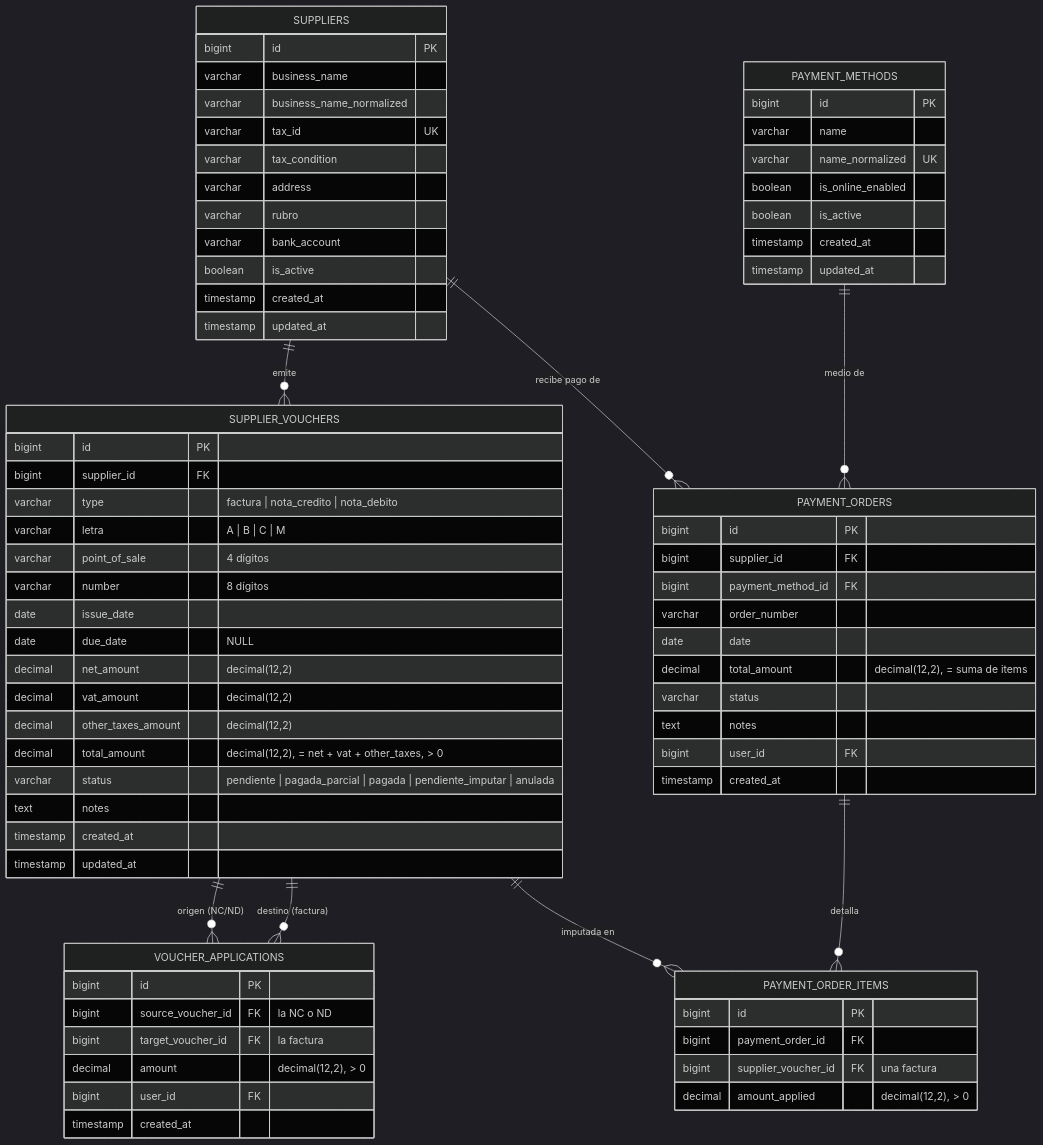
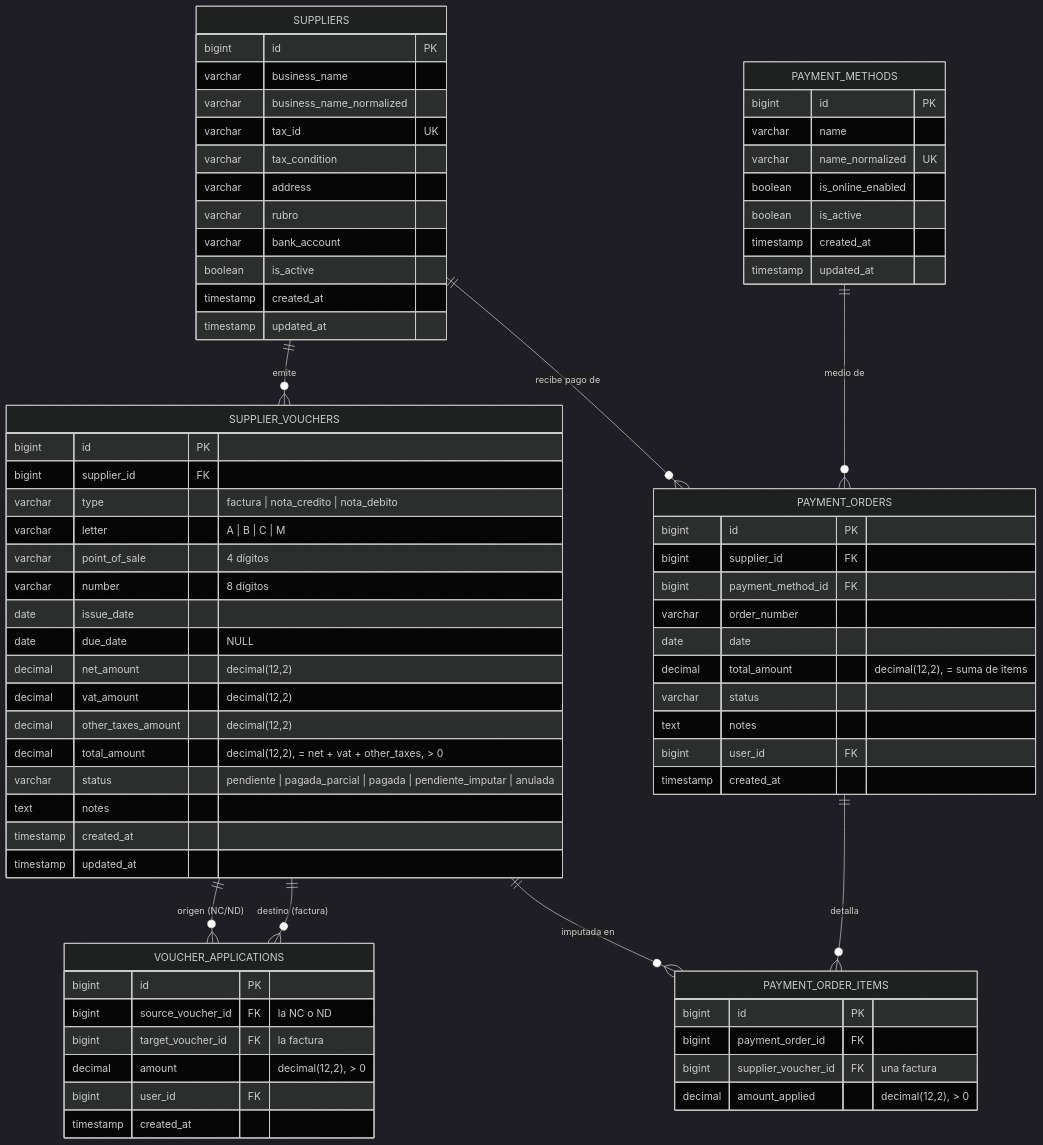
The diagram in docs/backlog/sprint-backlog-2.md (MauricioLopezC/la-linda-app), drawn with Mermaid (dark theme) before and after one commit. The commit also changed other lines of this file and 30 other files, not shown here.

````diff
--- a/docs/backlog/sprint-backlog-2.md
+++ b/docs/backlog/sprint-backlog-2.md
@@ -225,77 +225,77 @@
 ```mermaid
 erDiagram
     SUPPLIERS {
         bigint id PK
         varchar business_name
         varchar business_name_normalized
         varchar tax_id UK
         varchar tax_condition
         varchar address
         varchar rubro
         varchar bank_account
         boolean is_active
         timestamp created_at
         timestamp updated_at
     }
     PAYMENT_METHODS {
         bigint id PK
         varchar name
         varchar name_normalized UK
         boolean is_online_enabled
         boolean is_active
         timestamp created_at
         timestamp updated_at
     }
     SUPPLIER_VOUCHERS {
         bigint id PK
         bigint supplier_id FK
         varchar type "factura | nota_credito | nota_debito"
-        varchar letra "A | B | C | M"
+        varchar letter "A | B | C | M"
         varchar point_of_sale "4 dígitos"
         varchar number "8 dígitos"
         date issue_date
         date due_date "NULL"
         decimal net_amount "decimal(12,2)"
         decimal vat_amount "decimal(12,2)"
         decimal other_taxes_amount "decimal(12,2)"
         decimal total_amount "decimal(12,2), = net + vat + other_taxes, > 0"
         varchar status "pendiente | pagada_parcial | pagada | pendiente_imputar | anulada"
         text notes
         timestamp created_at
         timestamp updated_at
     }
     VOUCHER_APPLICATIONS {
         bigint id PK
         bigint source_voucher_id FK "la NC o ND"
         bigint target_voucher_id FK "la factura"
         decimal amount "decimal(12,2), > 0"
         bigint user_id FK
         timestamp created_at
     }
     PAYMENT_ORDERS {
         bigint id PK
         bigint supplier_id FK
         bigint payment_method_id FK
         varchar order_number
         date date
         decimal total_amount "decimal(12,2), = suma de items"
         varchar status
         text notes
         bigint user_id FK
         timestamp created_at
     }
     PAYMENT_ORDER_ITEMS {
         bigint id PK
         bigint payment_order_id FK
         bigint supplier_voucher_id FK "una factura"
         decimal amount_applied "decimal(12,2), > 0"
     }
 
     SUPPLIERS ||--o{ SUPPLIER_VOUCHERS : emite
     SUPPLIERS ||--o{ PAYMENT_ORDERS : "recibe pago de"
     PAYMENT_METHODS ||--o{ PAYMENT_ORDERS : "medio de"
     SUPPLIER_VOUCHERS ||--o{ VOUCHER_APPLICATIONS : "origen (NC/ND)"
     SUPPLIER_VOUCHERS ||--o{ VOUCHER_APPLICATIONS : "destino (factura)"
     PAYMENT_ORDERS ||--o{ PAYMENT_ORDER_ITEMS : detalla
     SUPPLIER_VOUCHERS ||--o{ PAYMENT_ORDER_ITEMS : "imputada en"
 ```
````
